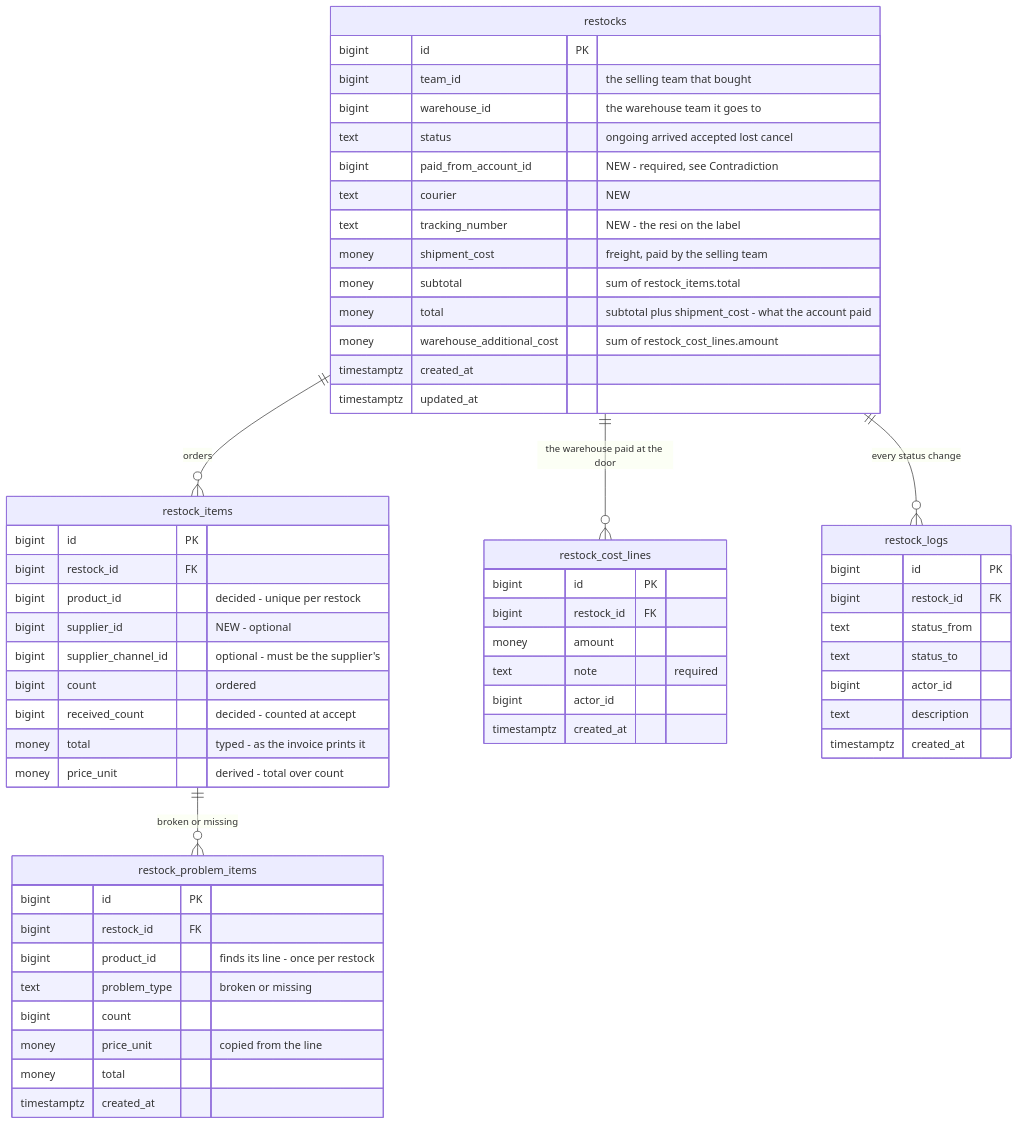
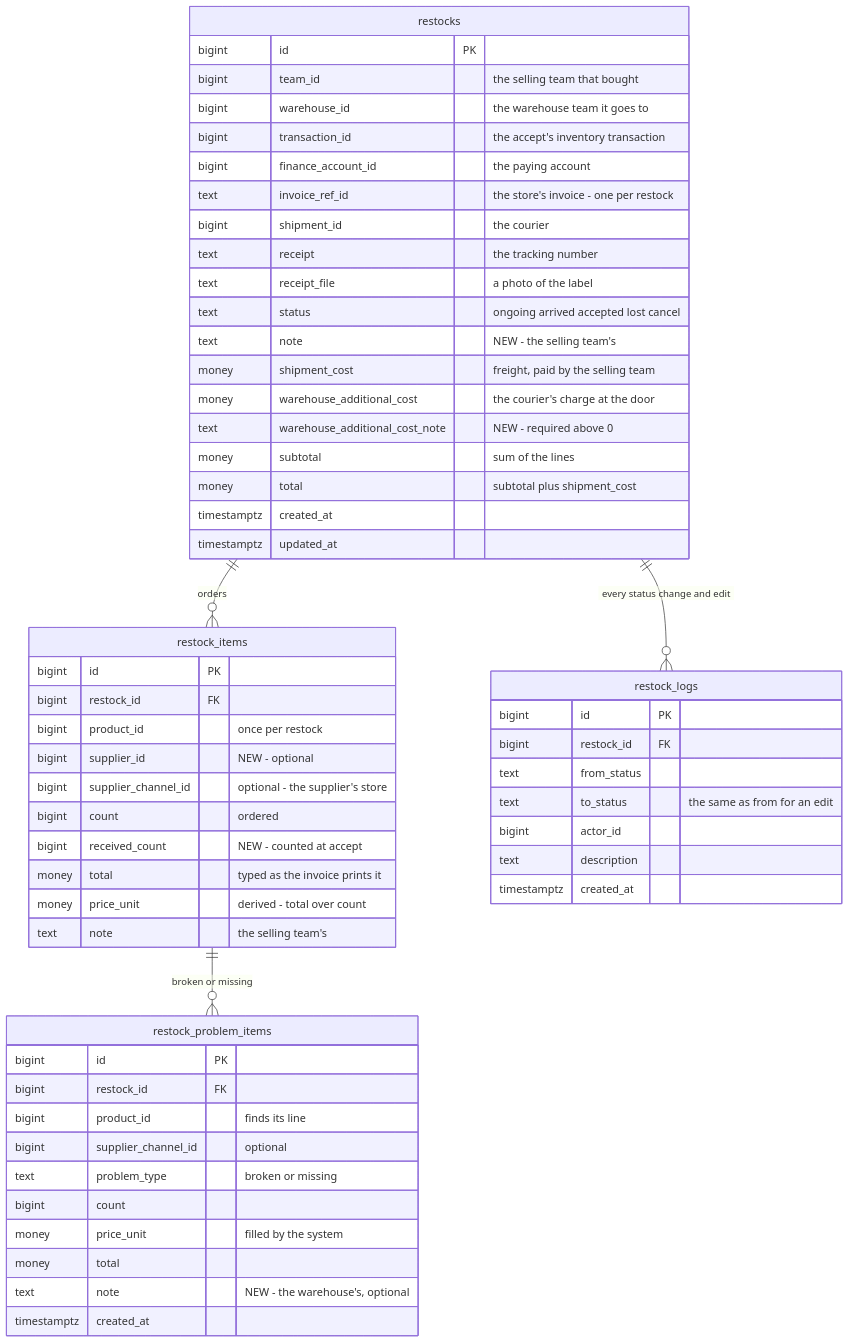
The third of 10 diagrams in docs/business/inventory/restock_clarify.md (pdcgo/warehouse_revamp), drawn with Mermaid before and after one commit. The commit also changed other lines of this file and 11 other files, not shown here.

First line of the commit message:
docs(inventory): restock decided again — the price, the courier's debt, receiving

````diff
--- a/docs/business/inventory/restock_clarify.md
+++ b/docs/business/inventory/restock_clarify.md
@@ -292,60 +349,59 @@
 ```mermaid
 erDiagram
   restocks ||--o{ restock_items : "orders"
-  restocks ||--o{ restock_cost_lines : "the warehouse paid at the door"
-  restocks ||--o{ restock_logs : "every status change"
+  restocks ||--o{ restock_logs : "every status change and edit"
   restock_items ||--o{ restock_problem_items : "broken or missing"
   restocks {
     bigint id PK
     bigint team_id "the selling team that bought"
     bigint warehouse_id "the warehouse team it goes to"
+    bigint transaction_id "the accept's inventory transaction"
+    bigint finance_account_id "the paying account"
+    text invoice_ref_id "the store's invoice - one per restock"
+    bigint shipment_id "the courier"
+    text receipt "the tracking number"
+    text receipt_file "a photo of the label"
     text status "ongoing arrived accepted lost cancel"
-    bigint paid_from_account_id "NEW - required, see Contradiction"
-    text courier "NEW"
-    text tracking_number "NEW - the resi on the label"
+    text note "NEW - the selling team's"
     money shipment_cost "freight, paid by the selling team"
-    money subtotal "sum of restock_items.total"
-    money total "subtotal plus shipment_cost - what the account paid"
-    money warehouse_additional_cost "sum of restock_cost_lines.amount"
+    money warehouse_additional_cost "the courier's charge at the door"
+    text warehouse_additional_cost_note "NEW - required above 0"
+    money subtotal "sum of the lines"
+    money total "subtotal plus shipment_cost"
     timestamptz created_at
     timestamptz updated_at
   }
   restock_items {
     bigint id PK
     bigint restock_id FK
-    bigint product_id "decided - unique per restock"
+    bigint product_id "once per restock"
     bigint supplier_id "NEW - optional"
-    bigint supplier_channel_id "optional - must be the supplier's"
+    bigint supplier_channel_id "optional - the supplier's store"
     bigint count "ordered"
-    bigint received_count "decided - counted at accept"
-    money total "typed - as the invoice prints it"
+    bigint received_count "NEW - counted at accept"
+    money total "typed as the invoice prints it"
     money price_unit "derived - total over count"
+    text note "the selling team's"
   }
   restock_problem_items {
     bigint id PK
     bigint restock_id FK
-    bigint product_id "finds its line - once per restock"
+    bigint product_id "finds its line"
+    bigint supplier_channel_id "optional"
     text problem_type "broken or missing"
     bigint count
-    money price_unit "copied from the line"
+    money price_unit "filled by the system"
     money total
-    timestamptz created_at
-  }
-  restock_cost_lines {
-    bigint id PK
-    bigint restock_id FK
-    money amount
-    text note "required"
-    bigint actor_id
+    text note "NEW - the warehouse's, optional"
     timestamptz created_at
   }
   restock_logs {
     bigint id PK
     bigint restock_id FK
-    text status_from
-    text status_to
+    text from_status
+    text to_status "the same as from for an edit"
     bigint actor_id
     text description
     timestamptz created_at
   }
 ```
````
